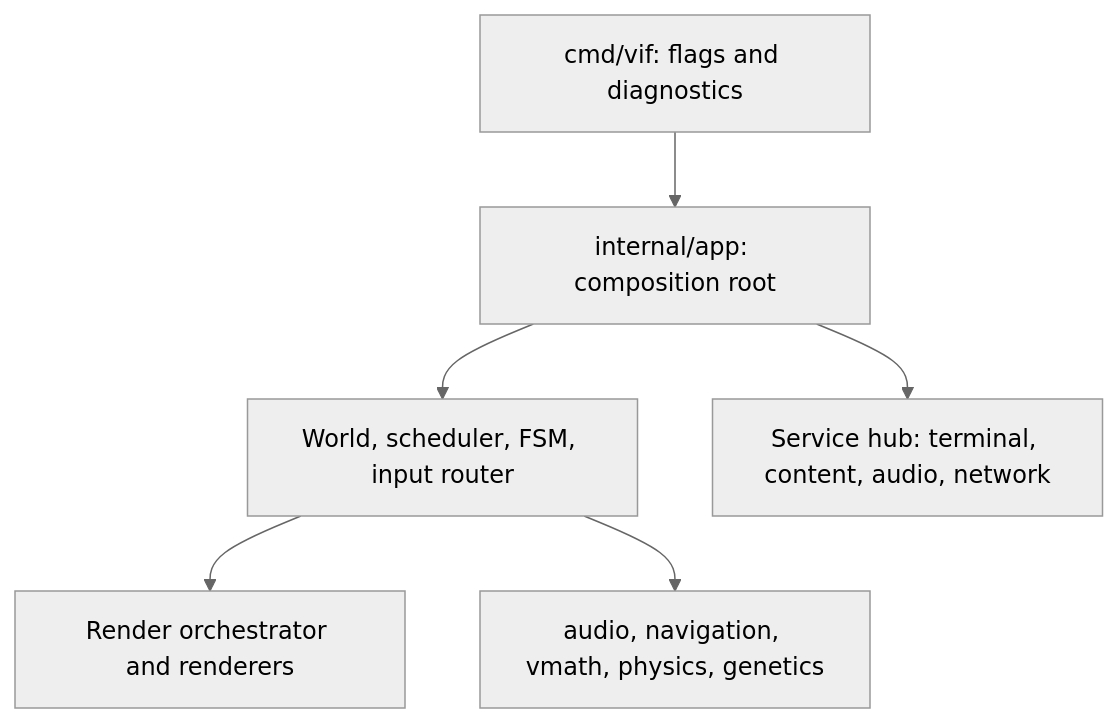
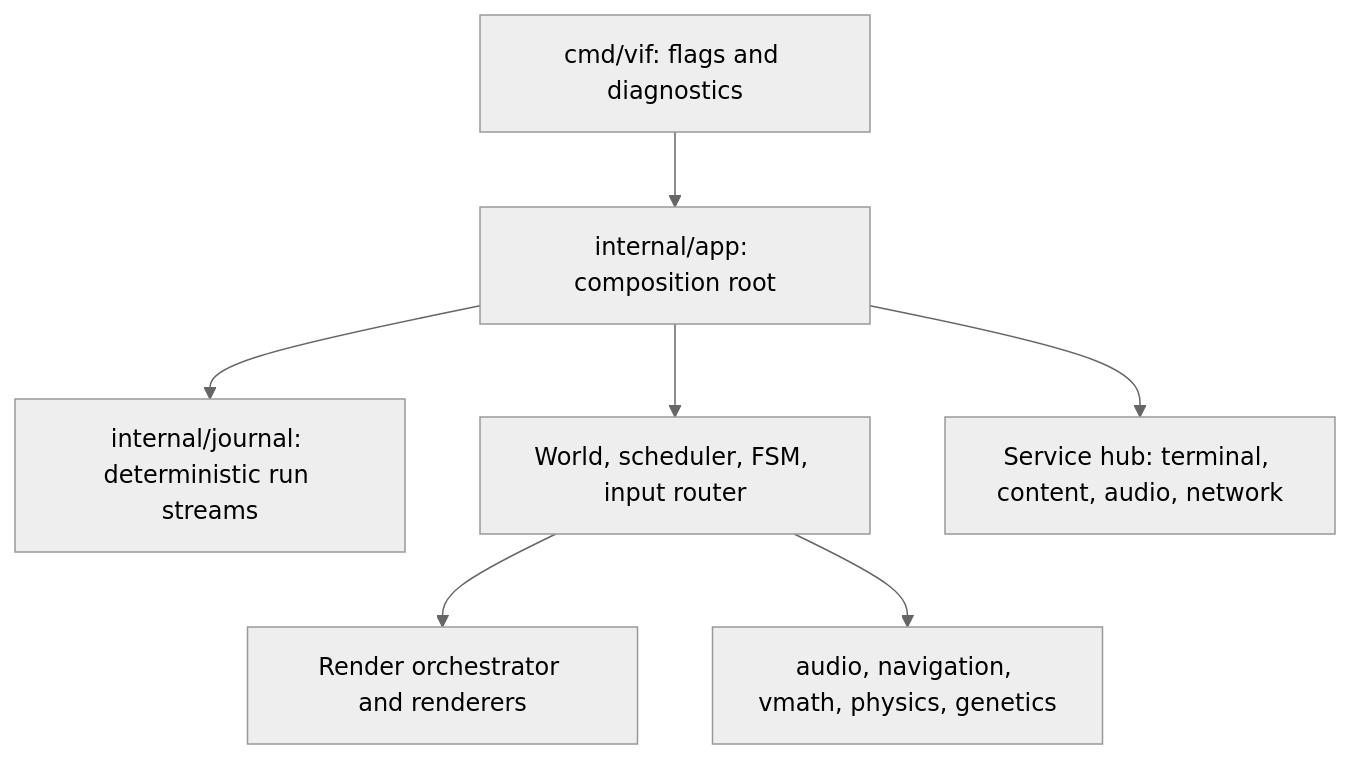
Before and after one commit to lixenwraith/vi-fighter: the second of 3 diagrams in doc/architecture.md, drawn with Mermaid (neutral theme). The commit also changed other lines of this file and 41 other files, not shown here.

````diff
--- a/doc/architecture.md
+++ b/doc/architecture.md
@@ -36,8 +36,9 @@
 ```mermaid
 flowchart TD
     Entry["cmd/vif: flags and diagnostics"] --> App["internal/app: composition root"]
+    App --> Journal["internal/journal: deterministic run streams"]
     App --> Runtime["World, scheduler, FSM, input router"]
     App --> IO["Service hub: terminal, content, audio, network"]
     Runtime --> Presentation["Render orchestrator and renderers"]
     Runtime --> Libraries["audio, navigation, vmath, physics, genetics"]
 ```
````
